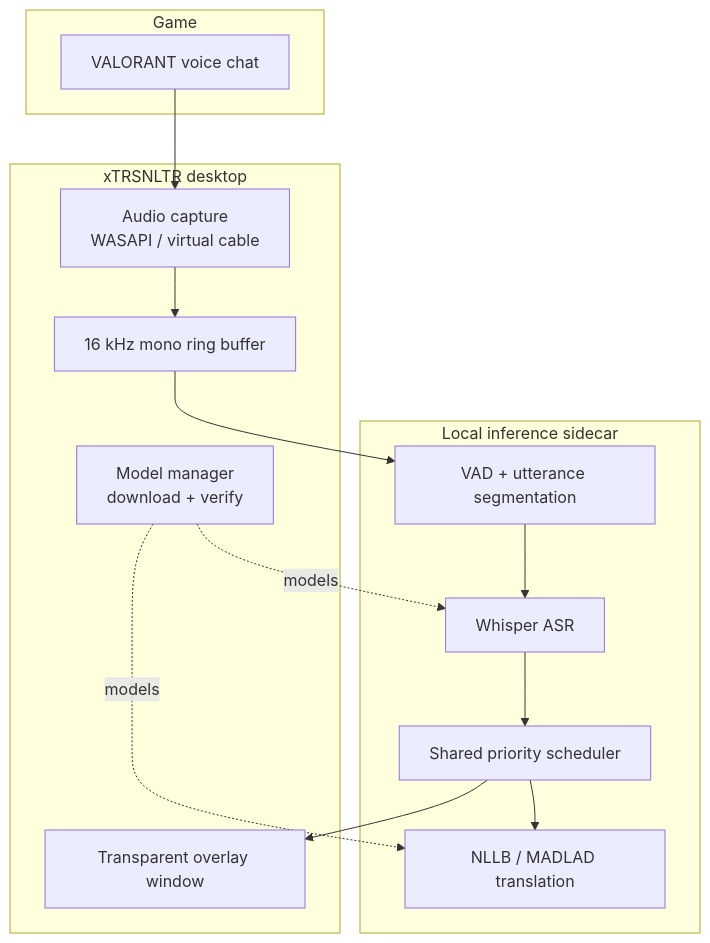
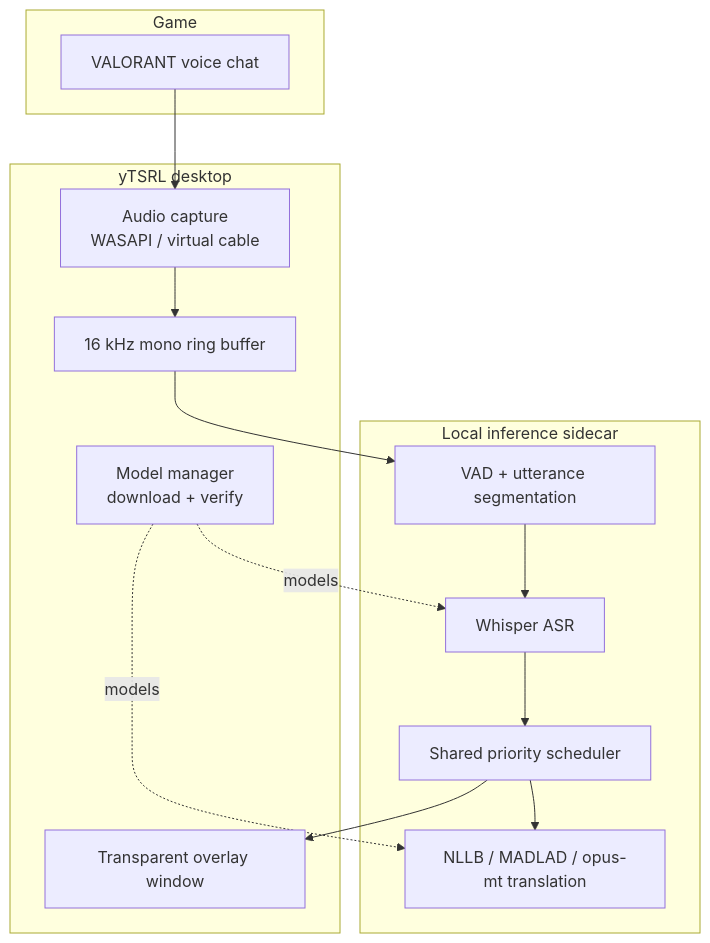
Before and after one commit to jxstme22/ztrsl: the first of 4 diagrams in README.md, drawn with Mermaid. The commit also changed other lines of this file, not shown here.

Commit message:
docs: refresh README for v0.7.0 (yTSRL rebrand, multi-source, new models, mainland mirrors)

````diff
--- a/README.md
+++ b/README.md
@@ -103,24 +105,24 @@
 ```mermaid
 flowchart TB
   subgraph Game
     V[VALORANT voice chat]
   end
 
-  subgraph xTRSNLTR desktop
+  subgraph yTSRL desktop
     C[Audio capture<br/>WASAPI / virtual cable]
     R[16 kHz mono ring buffer]
     O[Transparent overlay window]
     S[Model manager<br/>download + verify]
   end
 
   subgraph Local inference sidecar
     VAD[VAD + utterance segmentation]
     ASR[Whisper ASR]
-    MT[NLLB / MADLAD translation]
+    MT[NLLB / MADLAD / opus-mt translation]
     SCHED[Shared priority scheduler]
   end
 
   V --> C --> R --> VAD --> ASR --> SCHED --> MT
   SCHED --> O
   S -. models .-> ASR & MT
 ```
````
